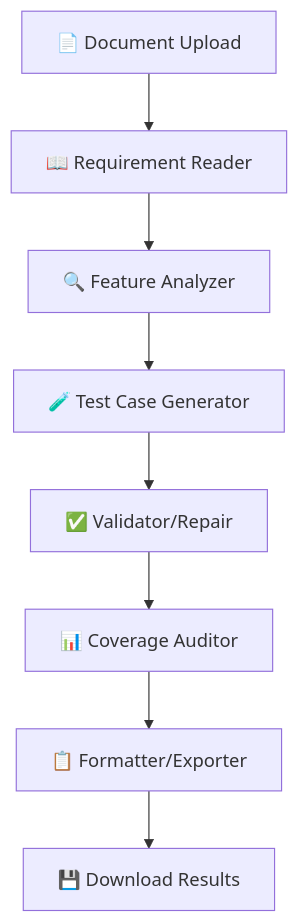
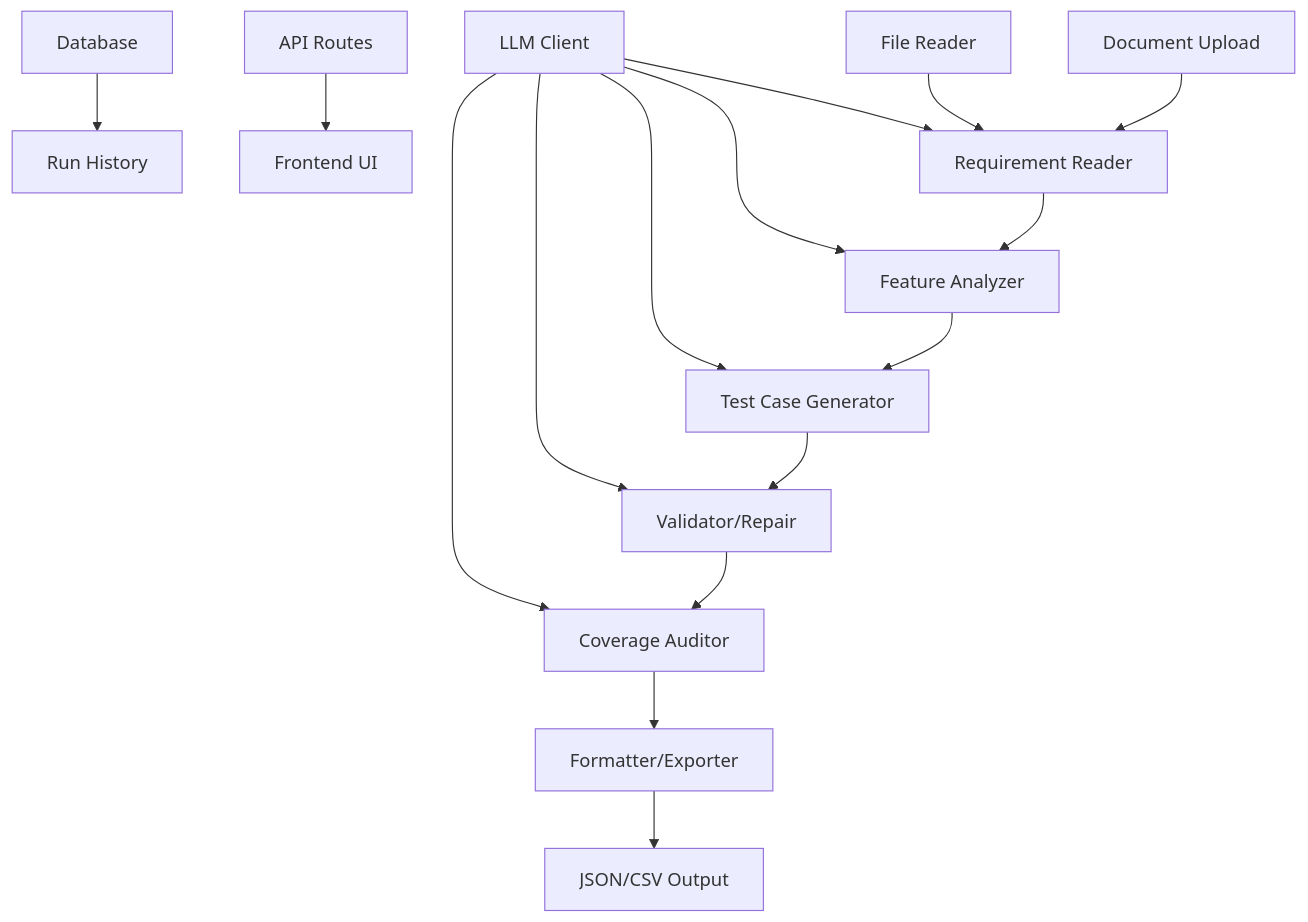
One commit to Nryreddy/TestAssist changed the diagram in README.md. Above: the diagram before and after it, drawn with Mermaid. The commit also changed other lines of this file and 1 other file, not shown here.

````diff
--- a/README.md
+++ b/README.md
@@ -131,10 +23,20 @@
 ```mermaid
 graph TD
-    A[📄 Document Upload] --> B[📖 Requirement Reader]
-    B --> C[🔍 Feature Analyzer]
-    C --> D[🧪 Test Case Generator]
-    D --> E[✅ Validator/Repair]
-    E --> F[📊 Coverage Auditor]
-    F --> G[📋 Formatter/Exporter]
-    G --> H[💾 Download Results]
+    A[Document Upload] --> B[Requirement Reader]
+    B --> C[Feature Analyzer]
+    C --> D[Test Case Generator]
+    D --> E[Validator/Repair]
+    E --> F[Coverage Auditor]
+    F --> G[Formatter/Exporter]
+    G --> H[JSON/CSV Output]
+    
+    I[LLM Client] --> B
+    I --> C
+    I --> D
+    I --> E
+    I --> F
+    
+    J[File Reader] --> B
+    K[Database] --> L[Run History]
+    M[API Routes] --> N[Frontend UI]
 ```
````
